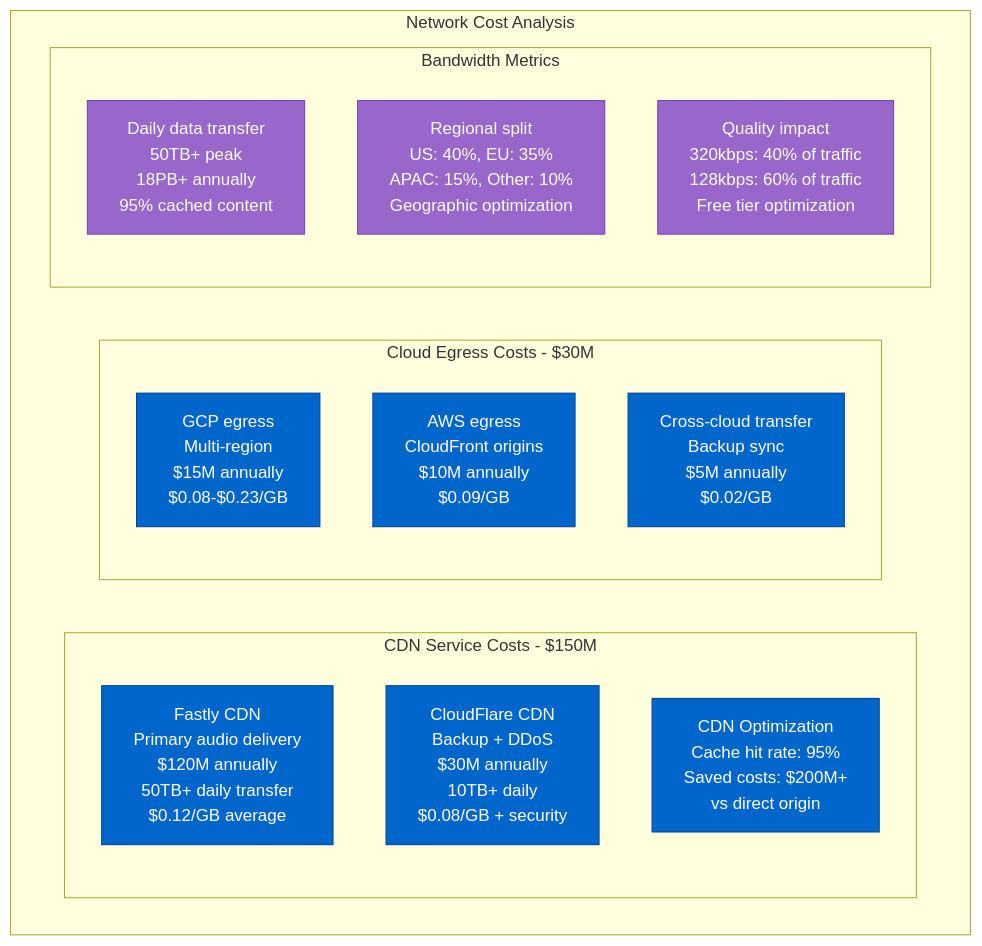
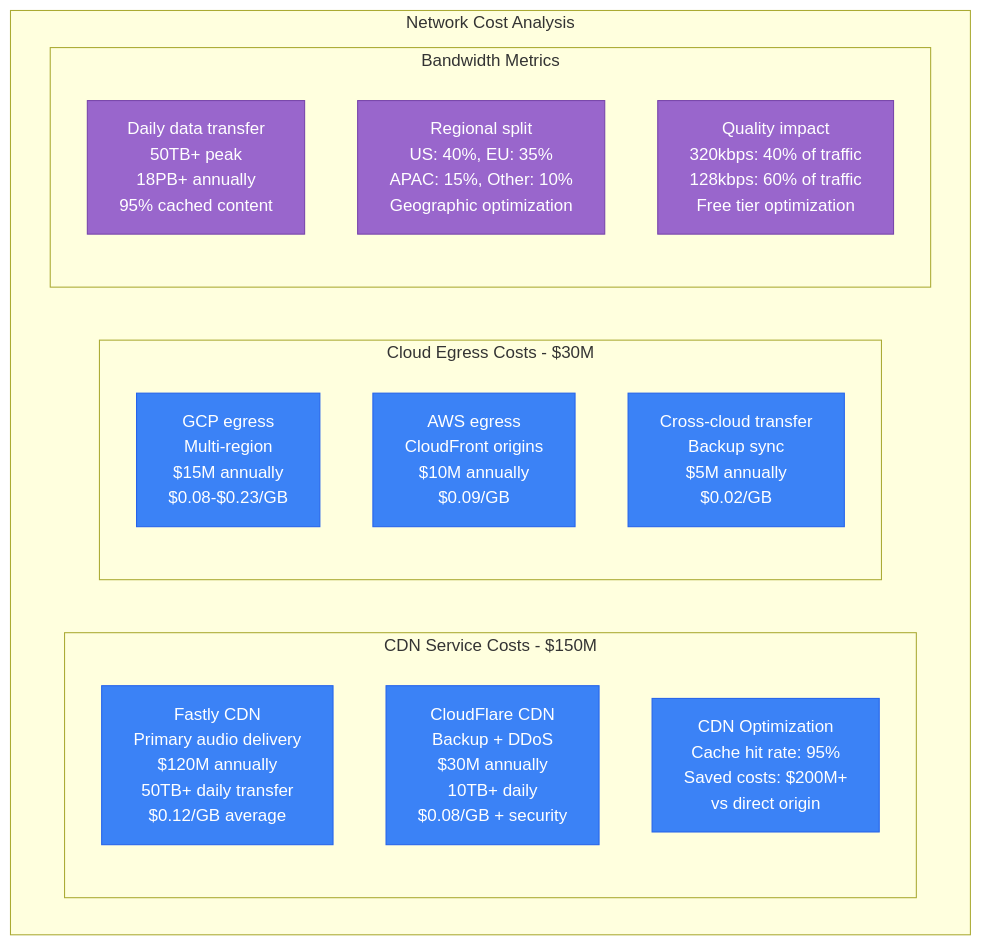
One commit to deepaucksharma/DS changed the third of 6 diagrams in site/docs/systems/spotify/cost-breakdown.md. Above: the diagram before and after it, drawn with Mermaid. The commit also changed other lines of this file and 303 other files, not shown here.

````diff
--- a/site/docs/systems/spotify/cost-breakdown.md
+++ b/site/docs/systems/spotify/cost-breakdown.md
@@ -104,34 +104,34 @@
 ```mermaid
 graph TB
     subgraph NetworkBreakdown[Network Cost Analysis]
         subgraph CDNCosts[CDN Service Costs - $150M]
             FastlyPrimary[Fastly CDN<br/>Primary audio delivery<br/>$120M annually<br/>50TB+ daily transfer<br/>$0.12/GB average]
 
             CloudFlareSecondary[CloudFlare CDN<br/>Backup + DDoS<br/>$30M annually<br/>10TB+ daily<br/>$0.08/GB + security]
 
             CDNOptimization[CDN Optimization<br/>Cache hit rate: 95%<br/>Saved costs: $200M+<br/>vs direct origin]
         end
 
         subgraph EgressCosts[Cloud Egress Costs - $30M]
             GCPEgress[GCP egress<br/>Multi-region<br/>$15M annually<br/>$0.08-$0.23/GB]
 
             AWSEgress[AWS egress<br/>CloudFront origins<br/>$10M annually<br/>$0.09/GB]
 
             CrossCloudTransfer[Cross-cloud transfer<br/>Backup sync<br/>$5M annually<br/>$0.02/GB]
         end
 
         subgraph BandwidthMetrics[Bandwidth Metrics]
             DailyTransfer[Daily data transfer<br/>50TB+ peak<br/>18PB+ annually<br/>95% cached content]
 
             RegionalDistribution[Regional split<br/>US: 40%, EU: 35%<br/>APAC: 15%, Other: 10%<br/>Geographic optimization]
 
             QualityImpact[Quality impact<br/>320kbps: 40% of traffic<br/>128kbps: 60% of traffic<br/>Free tier optimization]
         end
     end
 
-    classDef networkStyle fill:#0066CC,stroke:#004499,color:#fff
+    classDef networkStyle fill:#3B82F6,stroke:#2563EB,color:#fff
     classDef metricsStyle fill:#9966CC,stroke:#7744AA,color:#fff
 
     class FastlyPrimary,CloudFlareSecondary,CDNOptimization,GCPEgress,AWSEgress,CrossCloudTransfer networkStyle
     class DailyTransfer,RegionalDistribution,QualityImpact metricsStyle
 ```
````
